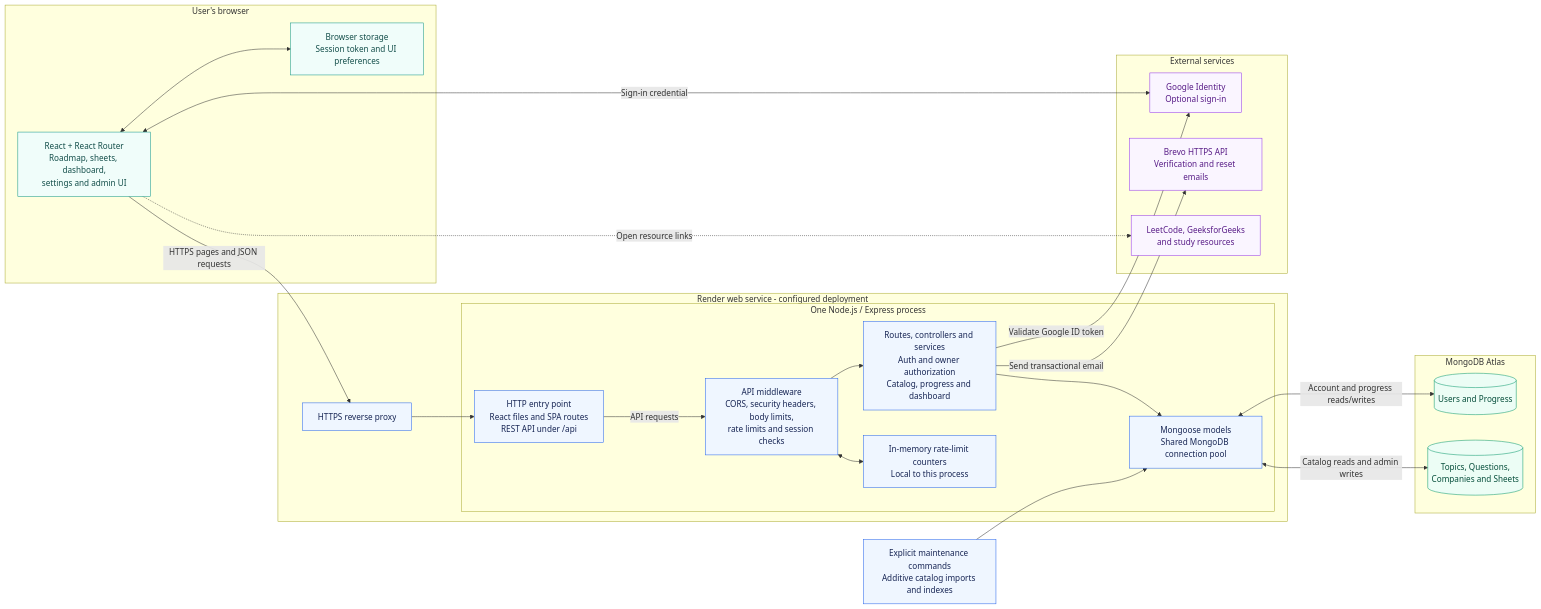
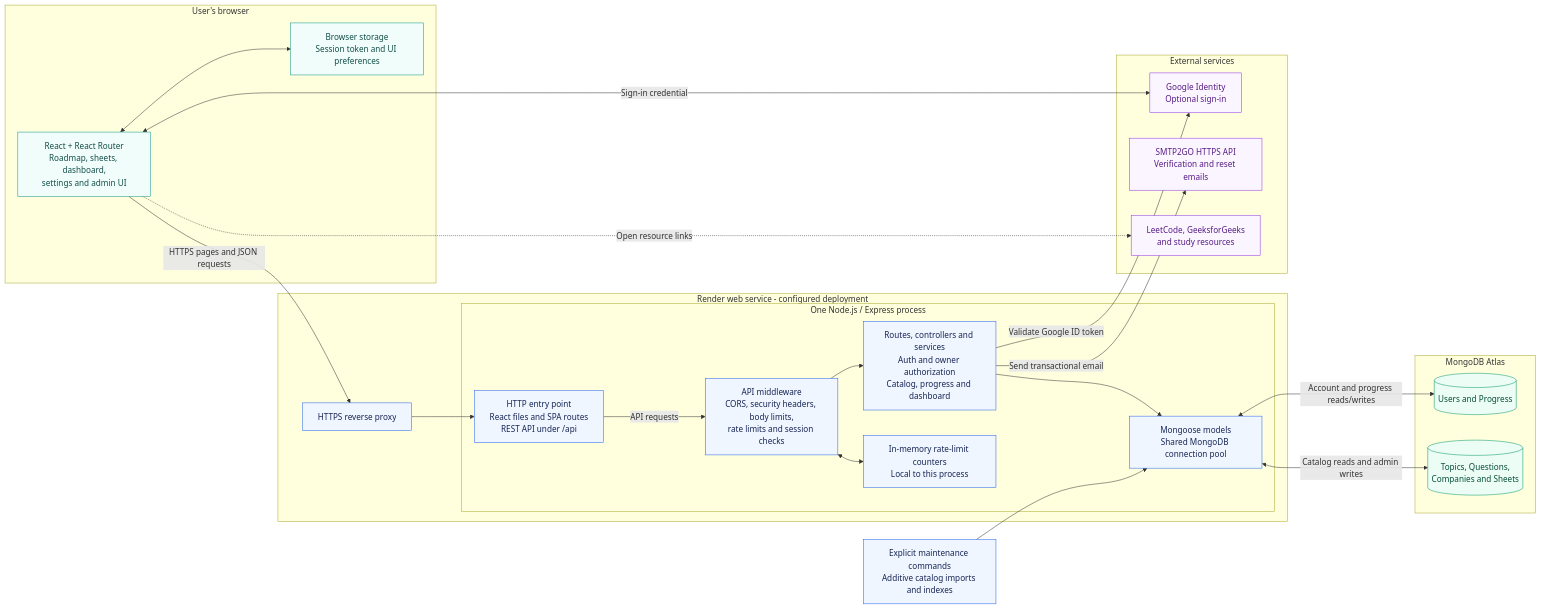
Before and after one commit to sainkygujjar12/DSA-ROADMAP: the diagram in docs/HLD.md, drawn with Mermaid. The commit also changed other lines of this file and 7 other files, not shown here.

Commit message:
Use SMTP2GO free email API for Render deployment

````diff
--- a/docs/HLD.md
+++ b/docs/HLD.md
@@ -11,53 +11,53 @@
 ```mermaid
 flowchart LR
     subgraph Browser["User's browser"]
         UI["React + React Router<br/>Roadmap, sheets, dashboard,<br/>settings and admin UI"]
         Local["Browser storage<br/>Session token and UI preferences"]
         UI <--> Local
     end
 
     subgraph Hosting["Render web service - configured deployment"]
         Proxy["HTTPS reverse proxy"]
         subgraph App["One Node.js / Express process"]
             HTTP["HTTP entry point<br/>React files and SPA routes<br/>REST API under /api"]
             Guards["API middleware<br/>CORS, security headers, body limits,<br/>rate limits and session checks"]
             Services["Routes, controllers and services<br/>Auth and owner authorization<br/>Catalog, progress and dashboard"]
             Pool["Mongoose models<br/>Shared MongoDB connection pool"]
             Limits["In-memory rate-limit counters<br/>Local to this process"]
             HTTP -->|API requests| Guards
             Guards --> Services
             Guards <--> Limits
             Services --> Pool
         end
         Proxy --> HTTP
     end
 
     subgraph Atlas["MongoDB Atlas"]
         Accounts[("Users and Progress")]
         Catalog[("Topics, Questions,<br/>Companies and Sheets")]
     end
 
     subgraph External["External services"]
         Google["Google Identity<br/>Optional sign-in"]
-        Email["Brevo HTTPS API<br/>Verification and reset emails"]
+        Email["SMTP2GO HTTPS API<br/>Verification and reset emails"]
         Practice["LeetCode, GeeksforGeeks<br/>and study resources"]
     end
 
     UI -->|HTTPS pages and JSON requests| Proxy
     Pool <-->|Account and progress reads/writes| Accounts
     Pool <-->|Catalog reads and admin writes| Catalog
     UI <-->|Sign-in credential| Google
     Services -->|Validate Google ID token| Google
     Services -->|Send transactional email| Email
     UI -.->|Open resource links| Practice
     Import["Explicit maintenance commands<br/>Additive catalog imports and indexes"] --> Pool
 
     classDef client fill:#f0fdfa,stroke:#0d9488,color:#134e4a;
     classDef app fill:#eff6ff,stroke:#2563eb,color:#172554;
     classDef data fill:#ecfdf5,stroke:#059669,color:#064e3b;
     classDef external fill:#faf5ff,stroke:#9333ea,color:#581c87;
     class UI,Local client;
     class Proxy,HTTP,Guards,Services,Pool,Limits,Import app;
     class Accounts,Catalog data;
     class Google,Email,Practice external;
 ```
````
